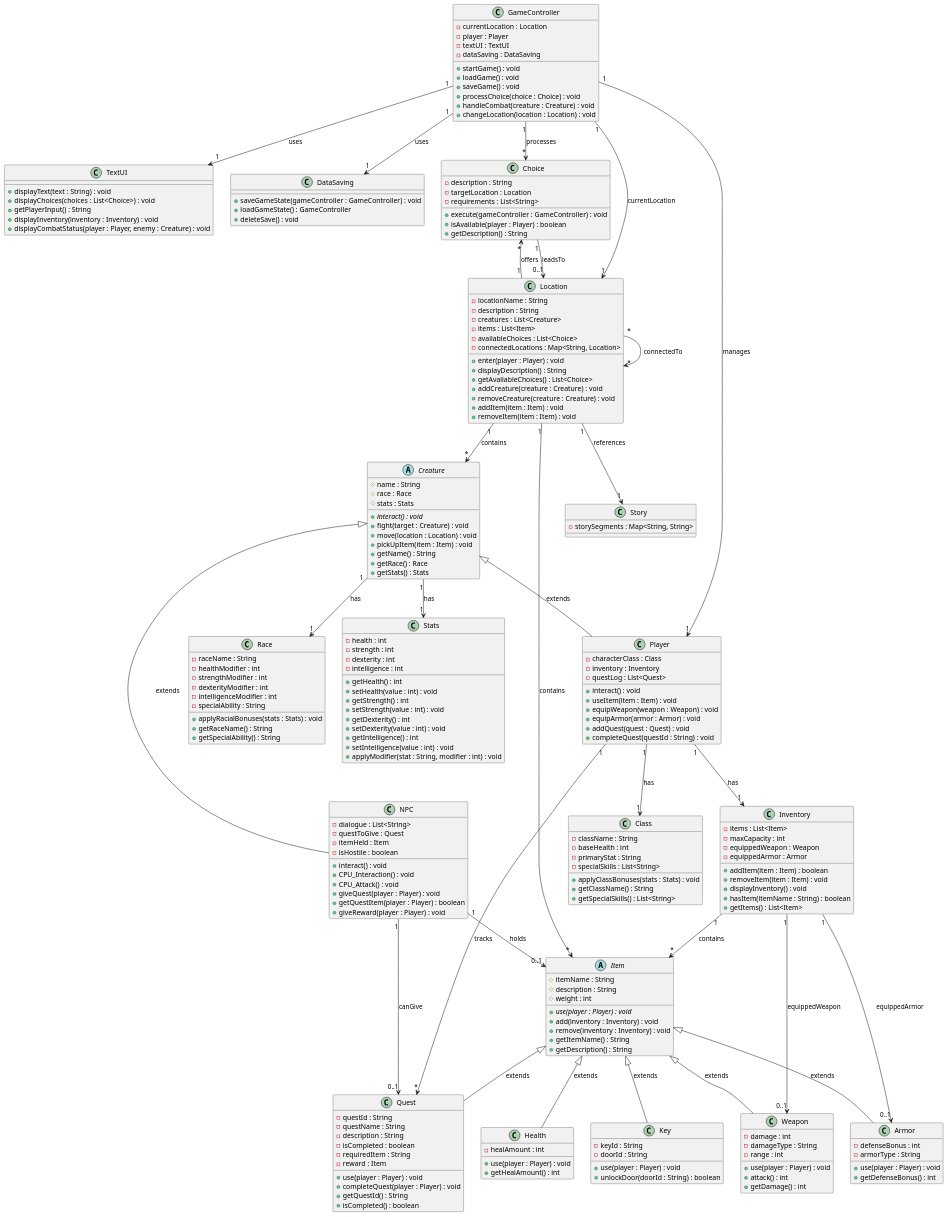
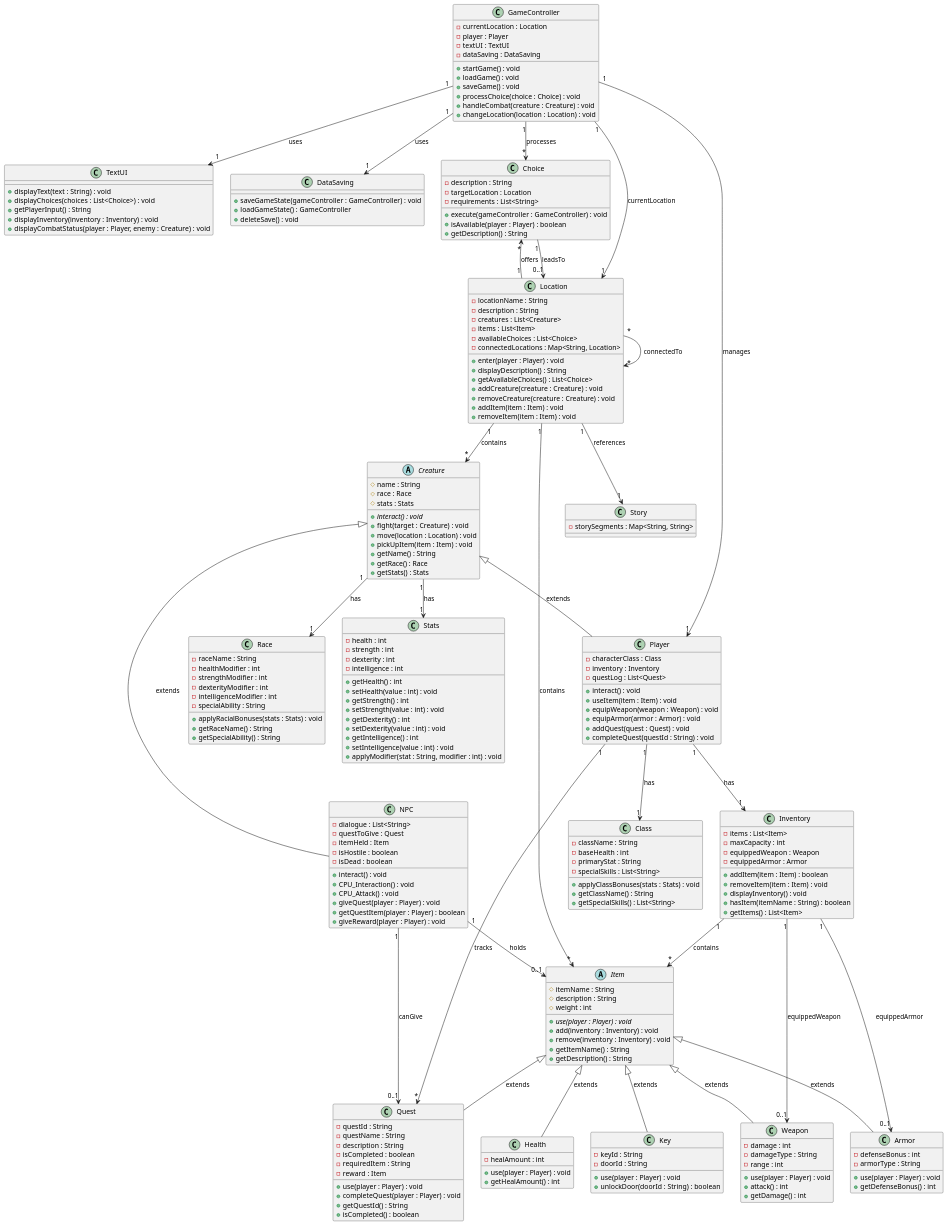
Before and after one commit to Eligoon/SP4ICE: the diagram in doc/ClassDiagram.puml, drawn with PlantUML.

Commit message:
ClassDiagram push

```diff
--- a/doc/ClassDiagram.puml
+++ b/doc/ClassDiagram.puml
@@ -95,6 +95,7 @@
     - questToGive : Quest
     - itemHeld : Item
     - isHostile : boolean
+    - isDead : boolean
     + interact() : void
     + CPU_Interaction() : void
     + CPU_Attack() : void
```
